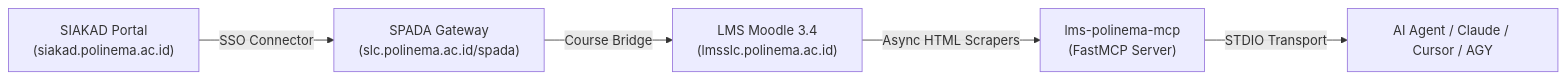
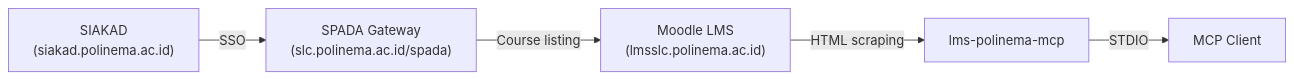
One commit to hafidzrafi/lms-polinema-mcp changed the diagram in README.md. Above: the diagram before and after it, drawn with Mermaid. The commit also changed other lines of this file, not shown here.

````diff
--- a/README.md
+++ b/README.md
@@ -19,7 +18,7 @@
 ```mermaid
 flowchart LR
-    A["SIAKAD Portal\n(siakad.polinema.ac.id)"] -->|"SSO Connector"| B["SPADA Gateway\n(slc.polinema.ac.id/spada)"]
-    B -->|"Course Bridge"| C["LMS Moodle 3.4\n(lmsslc.polinema.ac.id)"]
-    C -->|"Async HTML Scrapers"| D["lms-polinema-mcp\n(FastMCP Server)"]
-    D -->|"STDIO Transport"| E["AI Agent / Claude / Cursor / AGY"]
+    A["SIAKAD\n(siakad.polinema.ac.id)"] -->|"SSO"| B["SPADA Gateway\n(slc.polinema.ac.id/spada)"]
+    B -->|"Course listing"| C["Moodle LMS\n(lmsslc.polinema.ac.id)"]
+    C -->|"HTML scraping"| D["lms-polinema-mcp"]
+    D -->|"STDIO"| E["MCP Client"]
 ```
````
